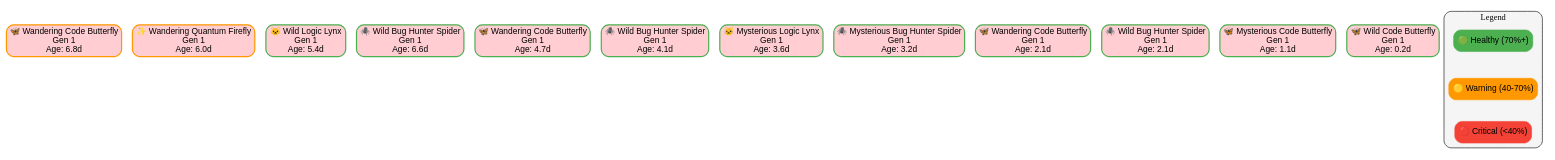
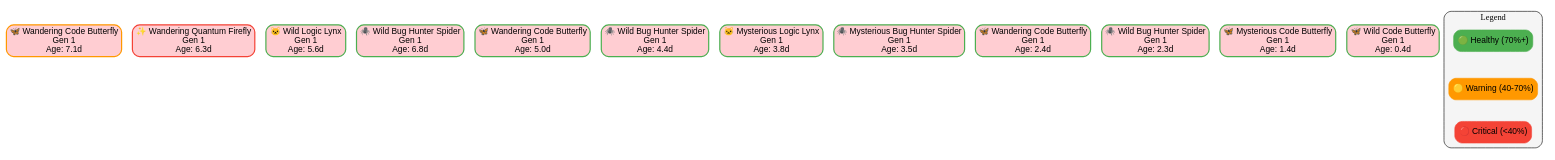
Before and after one commit to batmac/digital-ecosystem: the diagram in .ecosystem/visualizations/family_tree.dot, drawn with Graphviz. The commit also changed 7 other files, not shown here.

```diff
--- a/.ecosystem/visualizations/family_tree.dot
+++ b/.ecosystem/visualizations/family_tree.dot
@@ -1,107 +1,107 @@
 
 digraph EcosystemFamilyTree {
     rankdir=TB;
     node [shape=box, style="rounded,filled", fontname="Arial"];
     edge [fontname="Arial"];
     
     // Style pour différentes générations
     node [fillcolor="#E3F2FD"];
 
         "code_butterfly_1753392858_5357" [
-            label="🦋 Wandering Code Butterfly\nGen 1\nAge: 6.8d",
+            label="🦋 Wandering Code Butterfly\nGen 1\nAge: 7.1d",
             fillcolor="#FFCDD2",
             color="#FF9800",
             penwidth=2
         ];
     
         "quantum_firefly_1753393678_6656" [
-            label="✨ Wandering Quantum Firefly\nGen 1\nAge: 6.0d",
+            label="✨ Wandering Quantum Firefly\nGen 1\nAge: 6.3d",
             fillcolor="#FFCDD2",
-            color="#FF9800",
+            color="#F44336",
             penwidth=2
         ];
     
         "logic_lynx_1753394863_7694" [
-            label="🐱 Wild Logic Lynx\nGen 1\nAge: 5.4d",
+            label="🐱 Wild Logic Lynx\nGen 1\nAge: 5.6d",
             fillcolor="#FFCDD2",
             color="#4CAF50",
             penwidth=2
         ];
     
         "bug_hunter_spider_1753395214_1998" [
-            label="🕷️ Wild Bug Hunter Spider\nGen 1\nAge: 6.6d",
+            label="🕷️ Wild Bug Hunter Spider\nGen 1\nAge: 6.8d",
             fillcolor="#FFCDD2",
             color="#4CAF50",
             penwidth=2
         ];
     
         "code_butterfly_1753397153_5909" [
-            label="🦋 Wandering Code Butterfly\nGen 1\nAge: 4.7d",
+            label="🦋 Wandering Code Butterfly\nGen 1\nAge: 5.0d",
             fillcolor="#FFCDD2",
             color="#4CAF50",
             penwidth=2
         ];
     
         "bug_hunter_spider_1753401059_2910" [
-            label="🕷️ Wild Bug Hunter Spider\nGen 1\nAge: 4.1d",
+            label="🕷️ Wild Bug Hunter Spider\nGen 1\nAge: 4.4d",
             fillcolor="#FFCDD2",
             color="#4CAF50",
             penwidth=2
         ];
     
         "logic_lynx_1753403721_9188" [
-            label="🐱 Mysterious Logic Lynx\nGen 1\nAge: 3.6d",
+            label="🐱 Mysterious Logic Lynx\nGen 1\nAge: 3.8d",
             fillcolor="#FFCDD2",
             color="#4CAF50",
             penwidth=2
         ];
     
         "bug_hunter_spider_1753404040_5672" [
-            label="🕷️ Mysterious Bug Hunter Spider\nGen 1\nAge: 3.2d",
+            label="🕷️ Mysterious Bug Hunter Spider\nGen 1\nAge: 3.5d",
             fillcolor="#FFCDD2",
             color="#4CAF50",
             penwidth=2
         ];
     
         "code_butterfly_1753404111_1732" [
-            label="🦋 Wandering Code Butterfly\nGen 1\nAge: 2.1d",
+            label="🦋 Wandering Code Butterfly\nGen 1\nAge: 2.4d",
             fillcolor="#FFCDD2",
             color="#4CAF50",
             penwidth=2
         ];
     
         "bug_hunter_spider_1753417286_4988" [
-            label="🕷️ Wild Bug Hunter Spider\nGen 1\nAge: 2.1d",
+            label="🕷️ Wild Bug Hunter Spider\nGen 1\nAge: 2.3d",
             fillcolor="#FFCDD2",
             color="#4CAF50",
             penwidth=2
         ];
     
         "code_butterfly_1753431031_8187" [
-            label="🦋 Mysterious Code Butterfly\nGen 1\nAge: 1.1d",
+            label="🦋 Mysterious Code Butterfly\nGen 1\nAge: 1.4d",
             fillcolor="#FFCDD2",
             color="#4CAF50",
             penwidth=2
         ];
     
         "code_butterfly_1753431996_4261" [
-            label="🦋 Wild Code Butterfly\nGen 1\nAge: 0.2d",
+            label="🦋 Wild Code Butterfly\nGen 1\nAge: 0.4d",
             fillcolor="#FFCDD2",
             color="#4CAF50",
             penwidth=2
         ];
     
     
     // Légende
     subgraph cluster_legend {
         label="Legend";
         style="rounded,filled";
         fillcolor="#F5F5F5";
         
         legend1 [label="🟢 Healthy (70%+)", fillcolor="#4CAF50", color="#4CAF50"];
         legend2 [label="🟡 Warning (40-70%)", fillcolor="#FF9800", color="#FF9800"];
         legend3 [label="🔴 Critical (<40%)", fillcolor="#F44336", color="#F44336"];
         
         legend1 -> legend2 -> legend3 [style=invis];
     }
 }
```
